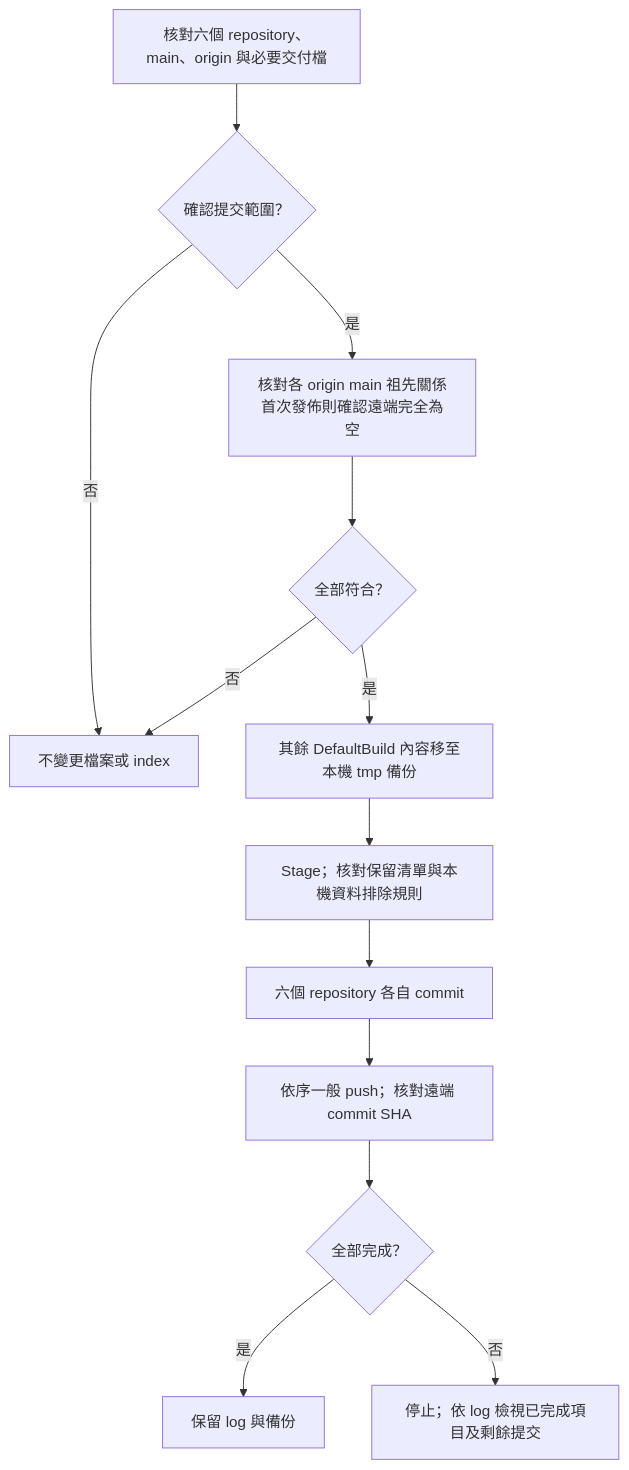
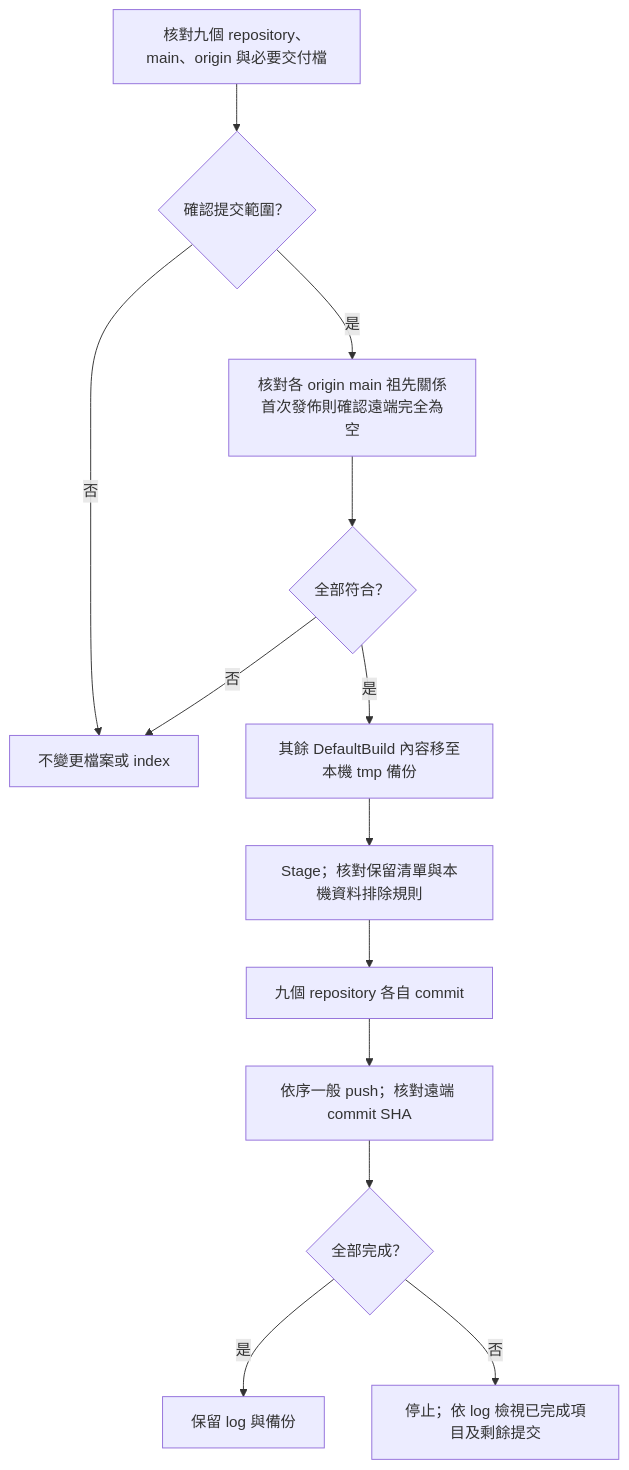
Before and after one commit to released/simple_renesas_isp_tool: the diagram in docs/GITHUB_PUBLISH_zh-TW.md, drawn with Mermaid. The commit also changed other lines of this file and 60 other files, not shown here.

````diff
--- a/docs/GITHUB_PUBLISH_zh-TW.md
+++ b/docs/GITHUB_PUBLISH_zh-TW.md
@@ -71,15 +77,15 @@
 ```mermaid
 flowchart TD
-    PLAN[核對六個 repository、main、origin 與必要交付檔] --> CONFIRM{確認提交範圍？}
+    PLAN[核對九個 repository、main、origin 與必要交付檔] --> CONFIRM{確認提交範圍？}
     CONFIRM -->|否| STOP[不變更檔案或 index]
     CONFIRM -->|是| FETCH[核對各 origin main 祖先關係<br/>首次發佈則確認遠端完全為空]
     FETCH --> VALID{全部符合？}
     VALID -->|否| STOP
     VALID -->|是| BACKUP[其餘 DefaultBuild 內容移至本機 tmp 備份]
     BACKUP --> INDEX[Stage；核對保留清單與本機資料排除規則]
-    INDEX --> COMMIT[六個 repository 各自 commit]
+    INDEX --> COMMIT[九個 repository 各自 commit]
     COMMIT --> PUSH[依序一般 push；核對遠端 commit SHA]
     PUSH --> RESULT{全部完成？}
     RESULT -->|是| OK[保留 log 與備份]
     RESULT -->|否| REVIEW[停止；依 log 檢視已完成項目及剩餘提交]
 ```
````
